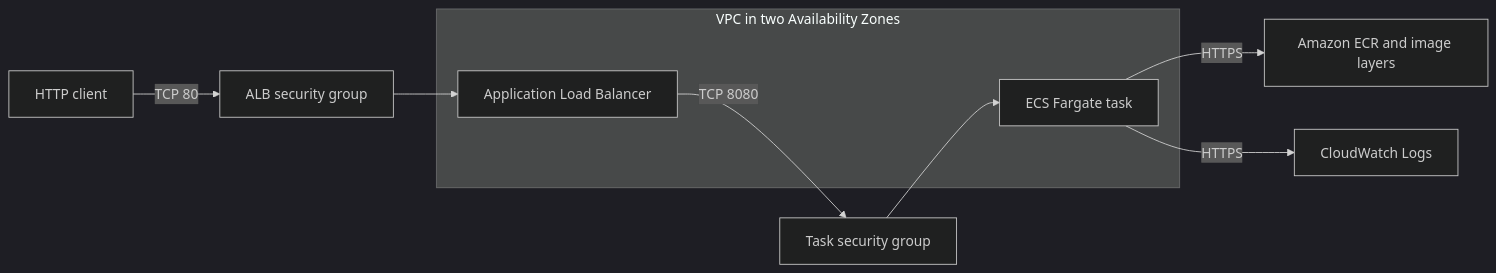
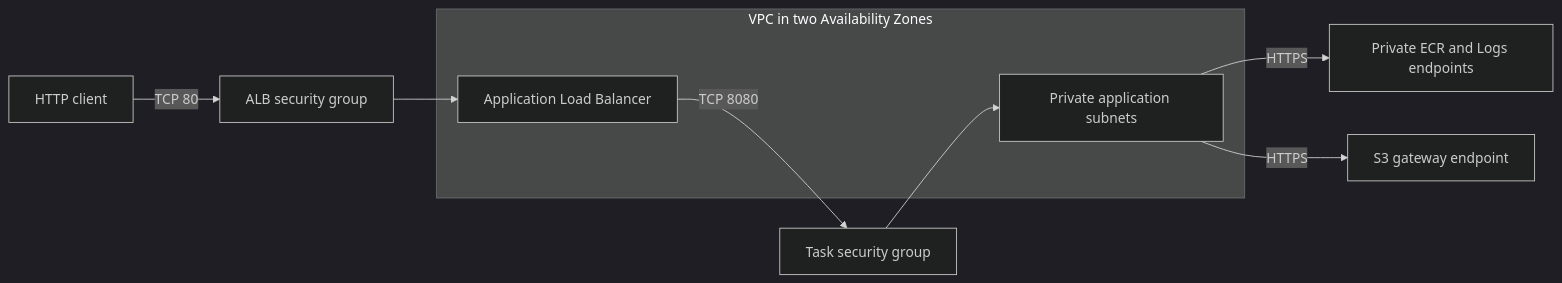
Before and after one commit to renanfenrich/staff-aws-platform-blueprint: the third of 3 diagrams in docs/architecture.md, drawn with Mermaid (dark theme). The commit also changed other lines of this file and 19 other files, not shown here.

First line of the commit message:
feat(network): add P3 private ECS endpoint topology (#23)

````diff
--- a/docs/architecture.md
+++ b/docs/architecture.md
@@ -134,14 +134,14 @@
 ```mermaid
 flowchart LR
   User[HTTP client] -->|TCP 80| ALBSG[ALB security group]
   ALBSG --> ALB[Application Load Balancer]
   ALB -->|TCP 8080| TaskSG[Task security group]
   TaskSG --> Task[ECS Fargate task]
-  Task -->|HTTPS| ECR[Amazon ECR and image layers]
-  Task -->|HTTPS| Logs[CloudWatch Logs]
+  Task -->|HTTPS| VPCE[Private ECR and Logs endpoints]
+  Task -->|HTTPS| S3[S3 gateway endpoint]
 
   subgraph VPC[VPC in two Availability Zones]
     ALB
-    Task
+    Task[Private application subnets]
   end
 ```
````
